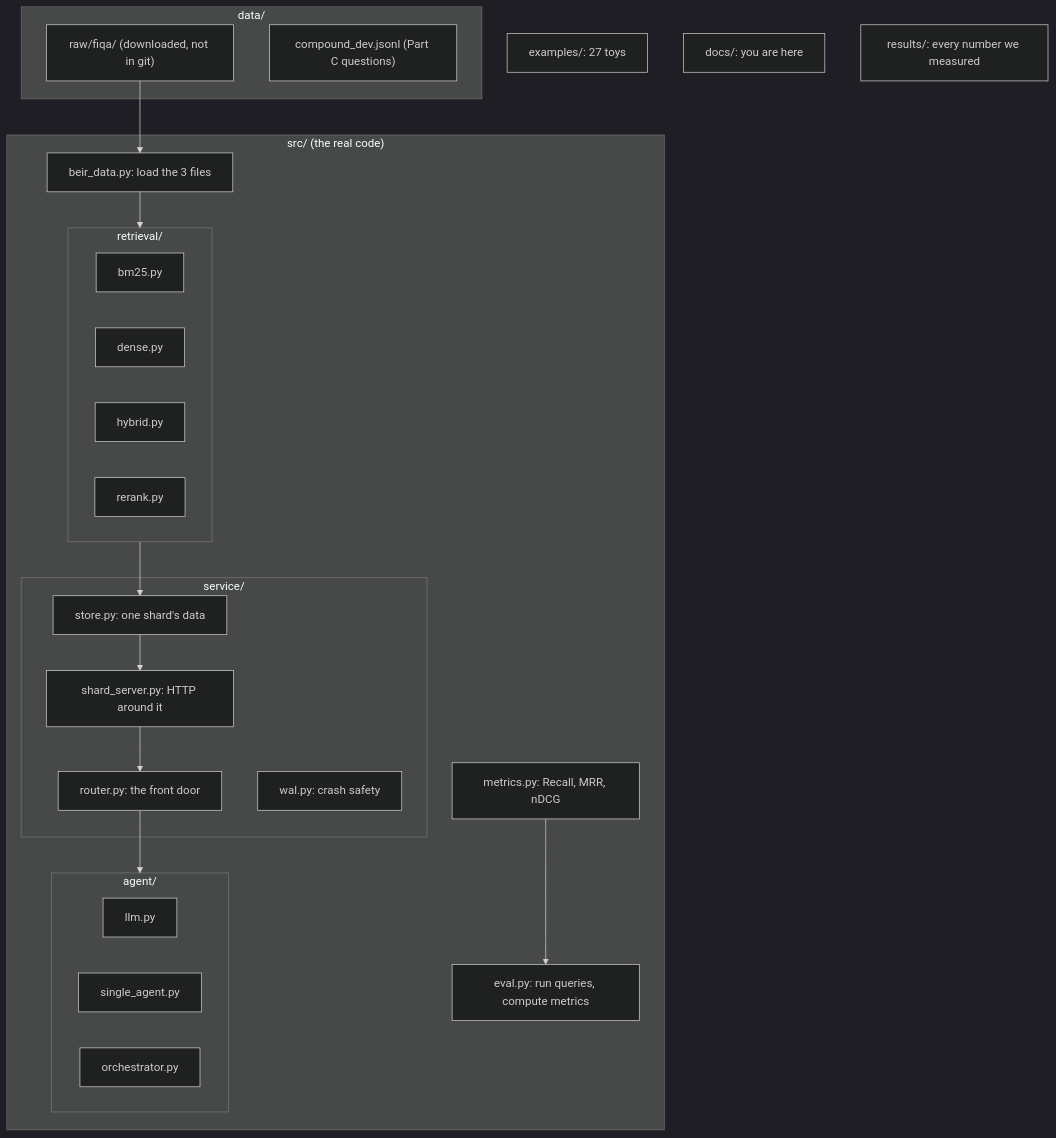
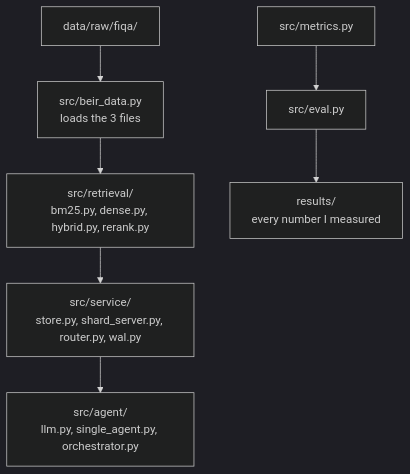
One commit to node31/fiqa-agentic-retrieval changed the seventh of 7 diagrams in docs/from_zero/01_the_problem_and_the_data.md. Above: the diagram before and after it, drawn with Mermaid (dark theme). The commit also changed other lines of this file and 9 other files, not shown here.

````diff
--- a/docs/from_zero/01_the_problem_and_the_data.md
+++ b/docs/from_zero/01_the_problem_and_the_data.md
@@ -242,34 +172,9 @@
 ```mermaid
 flowchart TB
-    subgraph data["data/"]
-      RAW["raw/fiqa/ (downloaded, not in git)"]
-      CMP["compound_dev.jsonl (Part C questions)"]
-    end
-    subgraph src["src/ (the real code)"]
-      L["beir_data.py: load the 3 files"]
-      M["metrics.py: Recall, MRR, nDCG"]
-      subgraph ret["retrieval/"]
-        BM["bm25.py"]
-        DE["dense.py"]
-        HY["hybrid.py"]
-        RR["rerank.py"]
-      end
-      subgraph svc["service/"]
-        ST["store.py: one shard's data"]
-        SS["shard_server.py: HTTP around it"]
-        RT["router.py: the front door"]
-        WL["wal.py: crash safety"]
-      end
-      subgraph ag["agent/"]
-        LLM["llm.py"]
-        SA["single_agent.py"]
-        OR["orchestrator.py"]
-      end
-      EV["eval.py: run queries, compute metrics"]
-    end
-    EX["examples/: 27 toys"]
-    DOC["docs/: you are here"]
-    RES["results/: every number we measured"]
-    RAW --> L --> ret --> ST --> SS --> RT --> ag
-    M --> EV
+    RAW["data/raw/fiqa/"] --> L["src/beir_data.py<br/>loads the 3 files"]
+    L --> RET["src/retrieval/<br/>bm25.py, dense.py, hybrid.py, rerank.py"]
+    RET --> SVC["src/service/<br/>store.py, shard_server.py, router.py, wal.py"]
+    SVC --> AG["src/agent/<br/>llm.py, single_agent.py, orchestrator.py"]
+    M["src/metrics.py"] --> EV["src/eval.py"]
+    EV --> RES["results/<br/>every number I measured"]
 ```
````
